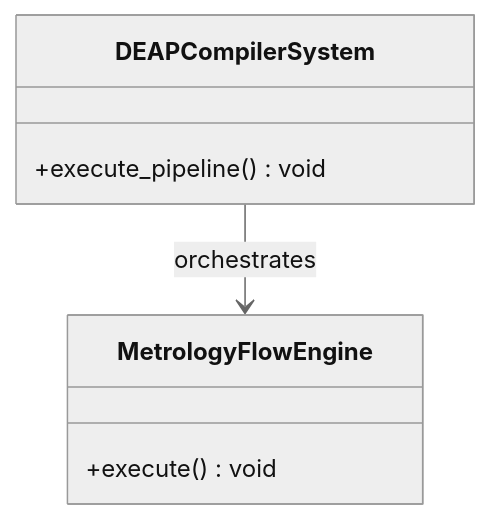
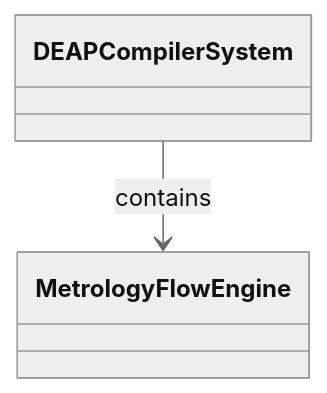
One commit to gintatkinson/dumpiler-01 changed the first of 2 diagrams in docs/epics/EPIC-07-Subsystem_5_7D_Physical_Metrology_Flow_Networks.md. Above: the diagram before and after it, drawn with Mermaid (neutral theme). The commit also changed other lines of this file and 101 other files, not shown here.

````diff
--- a/docs/epics/EPIC-07-Subsystem_5_7D_Physical_Metrology_Flow_Networks.md
+++ b/docs/epics/EPIC-07-Subsystem_5_7D_Physical_Metrology_Flow_Networks.md
@@ -51,10 +66,6 @@
 ```mermaid
 classDiagram
-    class DEAPCompilerSystem {
-        +execute_pipeline() void
-    }
-    class MetrologyFlowEngine {
-        +execute() void
-    }
-    DEAPCompilerSystem --> MetrologyFlowEngine : orchestrates
+    class DEAPCompilerSystem
+    class MetrologyFlowEngine
+    DEAPCompilerSystem --> MetrologyFlowEngine : contains
 ```
````
